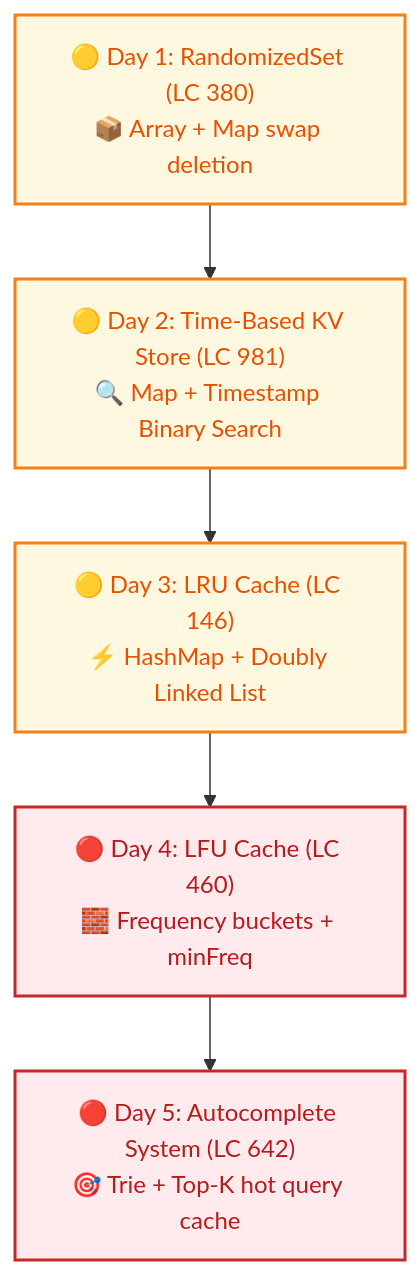
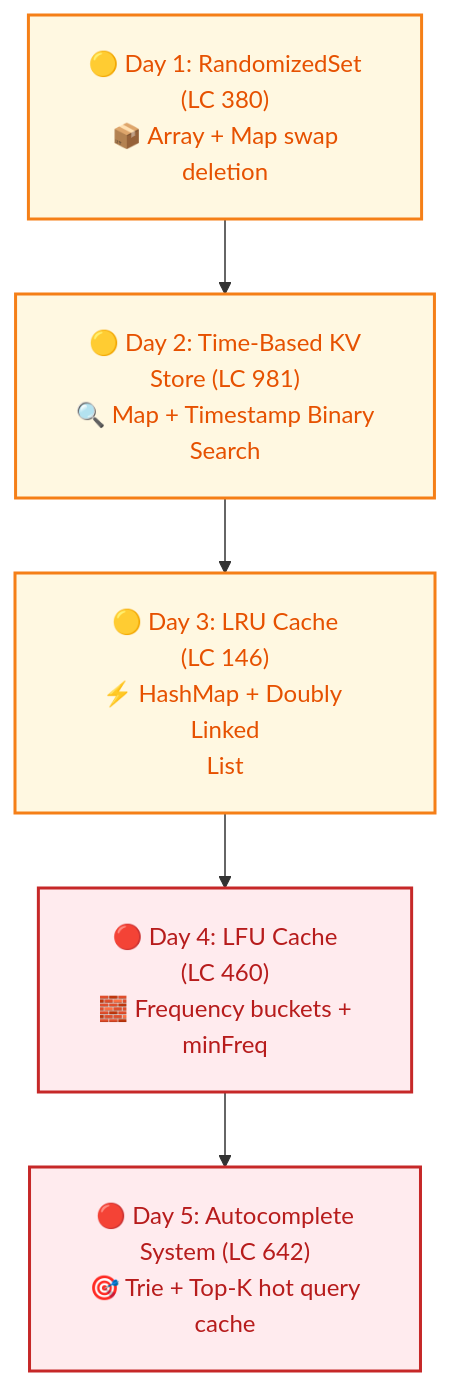
Diagram 11 of 19 in Senior_dsa_question_list.md (dip4k/DSA_102), drawn with Mermaid before and after one commit. The commit also changed other lines of this file and 108 other files, not shown here.

First line of the commit message:
fix(mermaid): resolve diagram clipping, padding, and syntax issues across repo

````diff
--- a/Senior_dsa_question_list.md
+++ b/Senior_dsa_question_list.md
@@ -366,14 +376,15 @@
 ```mermaid
+%%{init: {"flowchart": {"htmlLabels": true, "padding": 20}}}%%
 flowchart TD
     classDef startNode fill:#e8f5e9,stroke:#2e7d32,stroke-width:2px,color:#1b5e20
     classDef midNode fill:#fff8e1,stroke:#f57f17,stroke-width:2px,color:#e65100
     classDef hardNode fill:#ffebee,stroke:#c62828,stroke-width:2px,color:#b71c1c
 
-    A["🟡 Day 1: RandomizedSet (LC 380)<br/>📦 Array + Map swap deletion"]:::midNode
-    B["🟡 Day 2: Time-Based KV Store (LC 981)<br/>🔍 Map + Timestamp Binary Search"]:::midNode
-    C["🟡 Day 3: LRU Cache (LC 146)<br/>⚡ HashMap + Doubly Linked List"]:::midNode
-    D["🔴 Day 4: LFU Cache (LC 460)<br/>🧱 Frequency buckets + minFreq"]:::hardNode
-    E["🔴 Day 5: Autocomplete System (LC 642)<br/>🎯 Trie + Top-K hot query cache"]:::hardNode
+    A["🟡 Day 1: RandomizedSet<br/>(LC 380)<br/>📦 Array + Map swap<br/>deletion"]:::midNode
+    B["🟡 Day 2: Time-Based KV<br/>Store (LC 981)<br/>🔍 Map + Timestamp Binary<br/>Search"]:::midNode
+    C["🟡 Day 3: LRU Cache<br/>(LC 146)<br/>⚡ HashMap + Doubly Linked<br/>List"]:::midNode
+    D["🔴 Day 4: LFU Cache<br/>(LC 460)<br/>🧱 Frequency buckets +<br/>minFreq"]:::hardNode
+    E["🔴 Day 5: Autocomplete<br/>System (LC 642)<br/>🎯 Trie + Top-K hot query<br/>cache"]:::hardNode
 
     A --> B --> C --> D --> E
 ```
````
